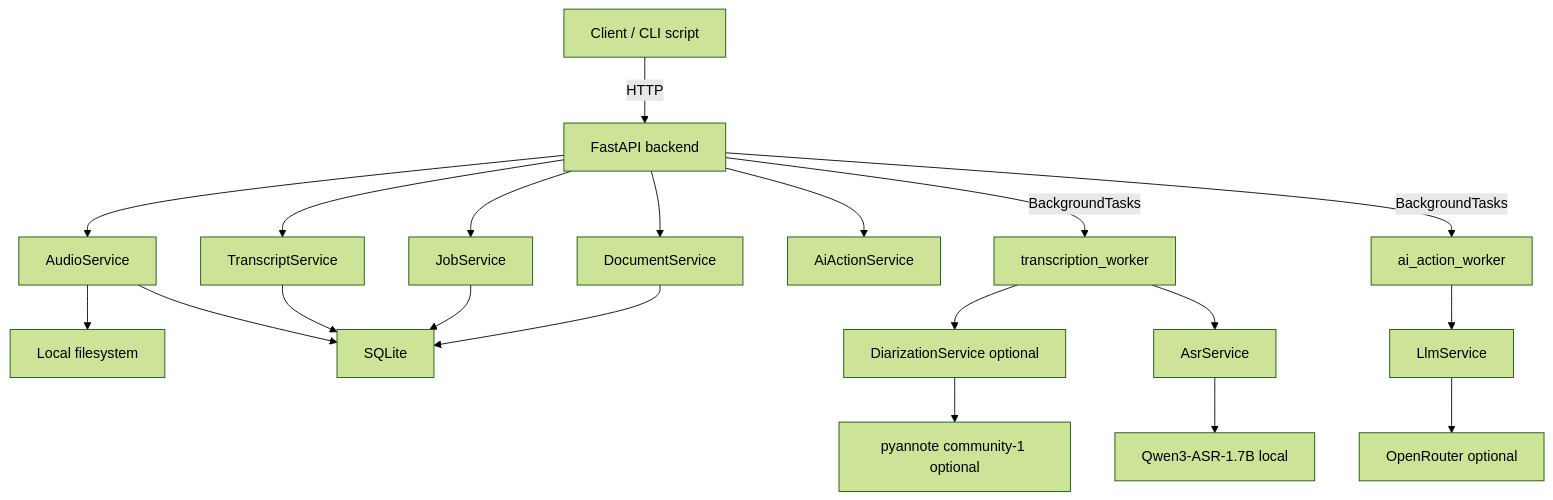
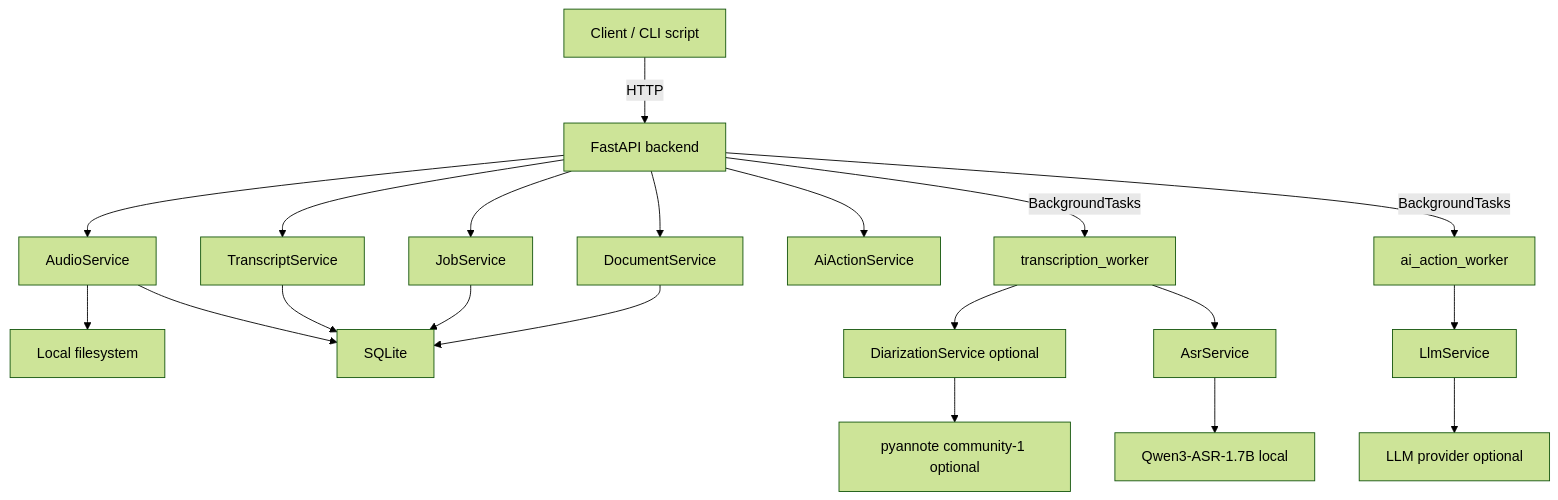
One commit to cyborgoat/finch changed the diagram in docs/architecture.md. Above: the diagram before and after it, drawn with Mermaid (forest theme). The commit also changed other lines of this file and 70 other files, not shown here.

````diff
--- a/docs/architecture.md
+++ b/docs/architecture.md
@@ -11,22 +11,22 @@
 ```mermaid
 flowchart TD
     client["Client / CLI script"] -->|HTTP| api["FastAPI backend"]
     api --> audioSvc["AudioService"]
     api --> jobSvc["JobService"]
     api --> transcriptSvc["TranscriptService"]
     api --> docSvc["DocumentService"]
     api --> aiSvc["AiActionService"]
     audioSvc --> fs["Local filesystem"]
     audioSvc --> db["SQLite"]
     transcriptSvc --> db
     jobSvc --> db
     docSvc --> db
     api -->|BackgroundTasks| txWorker["transcription_worker"]
     api -->|BackgroundTasks| aiWorker["ai_action_worker"]
     txWorker --> diarSvc["DiarizationService optional"]
     txWorker --> asrSvc["AsrService"]
     asrSvc --> qwen["Qwen3-ASR-1.7B local"]
     diarSvc --> pyannote["pyannote community-1 optional"]
     aiWorker --> llmSvc["LlmService"]
-    llmSvc --> openrouter["OpenRouter optional"]
+    llmSvc --> provider["LLM provider optional"]
 ```
````
